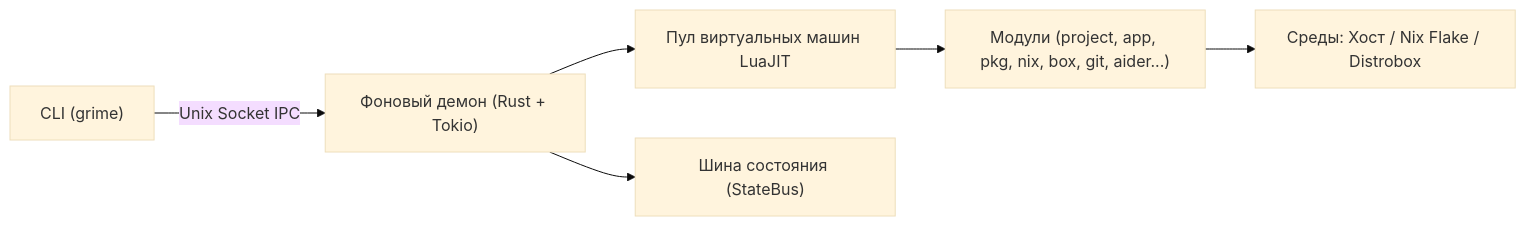
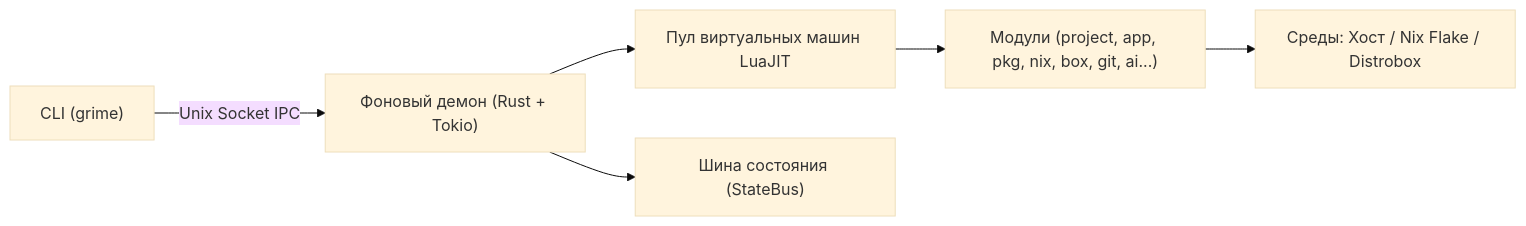
Before and after one commit to GrimeVoid/grime-rust: the diagram in README.md, drawn with Mermaid (base theme). The commit also changed other lines of this file and 19 other files, not shown here.

Commit message:
feat(ai): replace aider module with universal ai module and modules/agents adapters

````diff
--- a/README.md
+++ b/README.md
@@ -35,8 +35,8 @@
 ```mermaid
 flowchart LR
     CLI["CLI (grime)"] -->|Unix Socket IPC| Daemon["Фоновый демон (Rust + Tokio)"]
     Daemon --> Pool["Пул виртуальных машин LuaJIT"]
     Daemon --> Bus["Шина состояния (StateBus)"]
-    Pool --> Modules["Модули (project, app, pkg, nix, box, git, aider...)"]
+    Pool --> Modules["Модули (project, app, pkg, nix, box, git, ai...)"]
     Modules --> Env["Среды: Хост / Nix Flake / Distrobox"]
 ```
````
